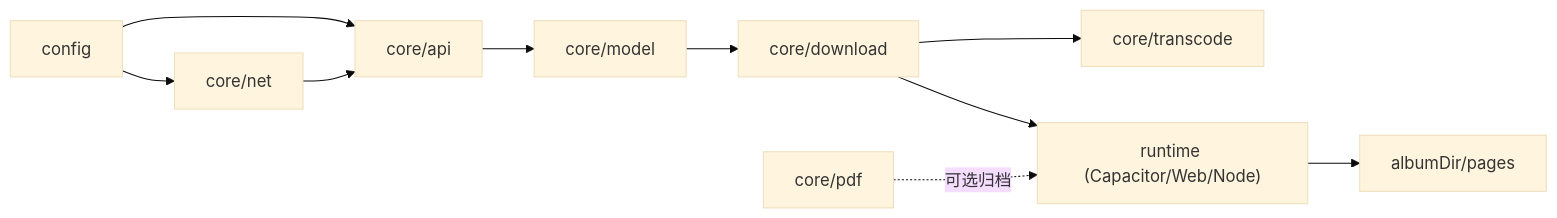
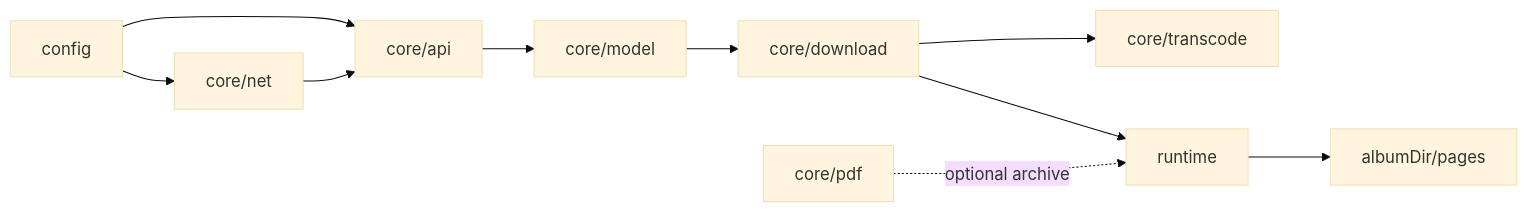
One commit to aDarkMaker/JMFM changed the first of 2 diagrams in docs/architecture/overview.md. Above: the diagram before and after it, drawn with Mermaid (base theme). The commit also changed other lines of this file and 20 other files, not shown here.

Commit message:
docs: fix mermaid diagrams and tighten wiki copy

````diff
--- a/docs/architecture/overview.md
+++ b/docs/architecture/overview.md
@@ -46,22 +46,22 @@
 ```mermaid
 flowchart LR
-    cfg["config"]
-    api["core/api"]
-    net["core/net"]
-    model["core/model"]
-    trans["core/transcode"]
-    dl["core/download"]
-    pdf["core/pdf"]
-    rnt["runtime (Capacitor/Web/Node)"]
-    pagesOut["albumDir/pages"]
+    cfg[config]
+    api[core/api]
+    net[core/net]
+    model[core/model]
+    trans[core/transcode]
+    dl[core/download]
+    pdf[core/pdf]
+    rnt[runtime]
+    pagesOut[albumDir/pages]
 
     cfg --> net
     cfg --> api
     net --> api
     api --> model
     model --> dl
     dl --> trans
     dl --> rnt
     rnt --> pagesOut
-    pdf -.->|"可选归档"| rnt
+    pdf -.->|optional archive| rnt
 ```
````
